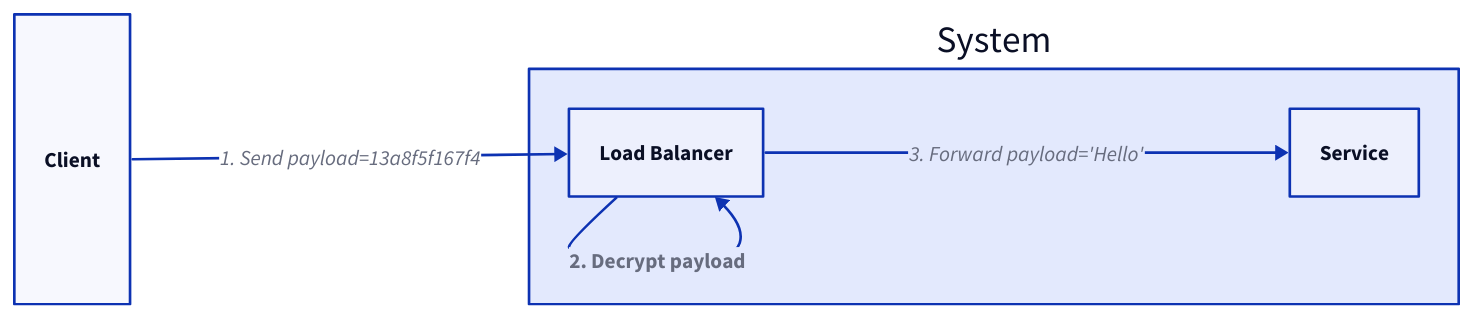
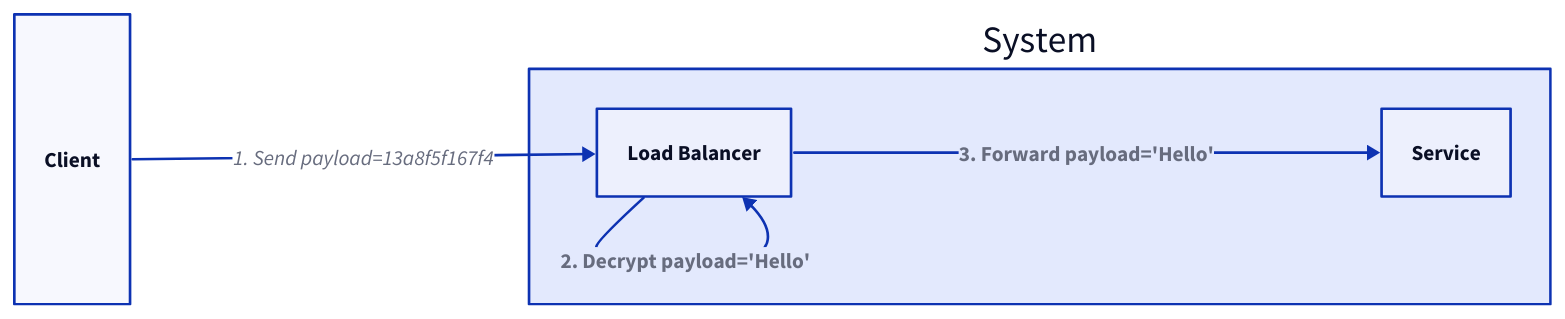
Before and after one commit to link1905/system-design-101: diagram 16 of 20 in content/docs/web-service/load-balancer.md, drawn with D2. The commit also changed other lines of this file and 12 other files, not shown here.

````diff
--- a/content/docs/web-service/load-balancer.md
+++ b/content/docs/web-service/load-balancer.md
@@ -601,21 +538,23 @@
 ```d2
 grid-rows: 1
 horizontal-gap: 300
 c: Client {
   class: client
 }
 s: System {
     direction: right
     lb: Load Balancer {
         class: lb
     }
     sv: Service {
         class: server
     }
-    lb -> lb: 2. Decrypt payload {
+    lb -> lb: "2. Decrypt payload='Hello'"{
       style.bold: true
     }
-    lb -> sv: "3. Forward payload='Hello'"
+    lb -> sv: "3. Forward payload='Hello'" {
+      style.bold: true
+    }
 }
 c -> s.lb: 1. Send payload=13a8f5f167f4
 ```
````
